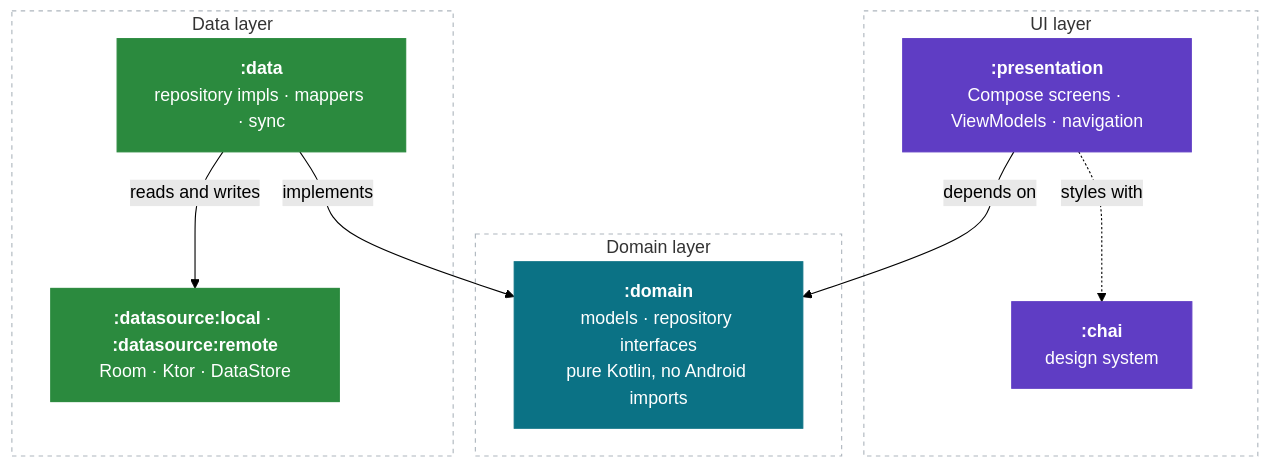
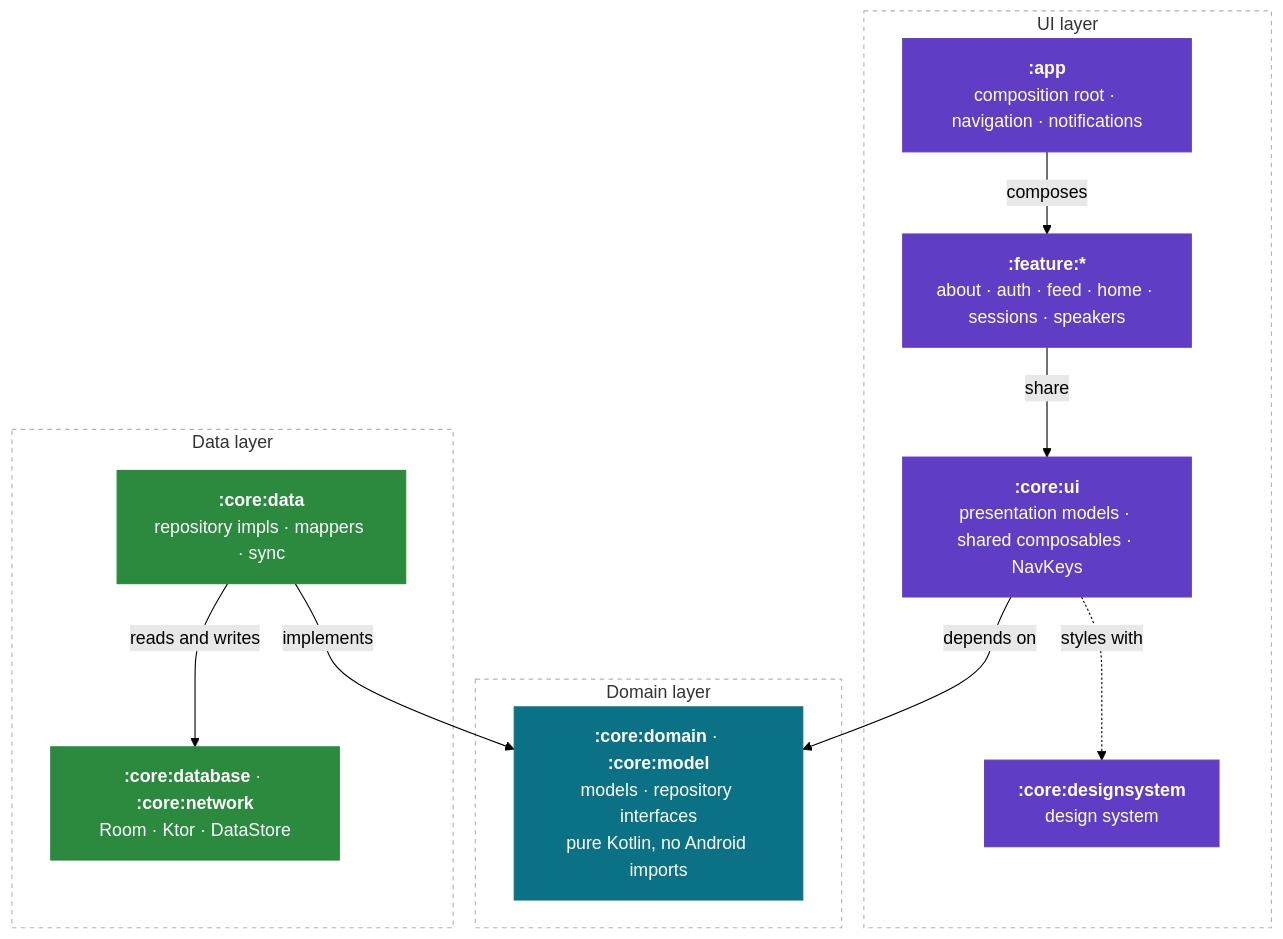
One commit to droidconKE/droidconKeKotlin changed the first of 3 diagrams in docs/architecture.md. Above: the diagram before and after it, drawn with Mermaid (forest theme). The commit also changed other lines of this file and 294 other files, not shown here.

````diff
--- a/docs/architecture.md
+++ b/docs/architecture.md
@@ -24,30 +24,36 @@
 ```mermaid
 graph TD
     subgraph L1["UI layer"]
-        UIL["<b>:presentation</b><br/>Compose screens · ViewModels · navigation"]
-        CHAI["<b>:chai</b><br/>design system"]
+        APP["<b>:app</b><br/>composition root · navigation · notifications"]
+        FEAT["<b>:feature:*</b><br/>about · auth · feed · home · sessions · speakers"]
+        UIL["<b>:core:ui</b><br/>presentation models · shared composables · NavKeys"]
+        CHAI["<b>:core:designsystem</b><br/>design system"]
     end
 
     subgraph L2["Domain layer"]
-        DOML["<b>:domain</b><br/>models · repository interfaces<br/>pure Kotlin, no Android imports"]
+        DOML["<b>:core:domain</b> · <b>:core:model</b><br/>models · repository interfaces<br/>pure Kotlin, no Android imports"]
     end
 
     subgraph L3["Data layer"]
-        DATAL["<b>:data</b><br/>repository impls · mappers · sync"]
-        SRC["<b>:datasource:local</b> · <b>:datasource:remote</b><br/>Room · Ktor · DataStore"]
+        DATAL["<b>:core:data</b><br/>repository impls · mappers · sync"]
+        SRC["<b>:core:database</b> · <b>:core:network</b><br/>Room · Ktor · DataStore"]
     end
 
+    APP -->|"composes"| FEAT
+    FEAT -->|"share"| UIL
     UIL -->|"depends on"| DOML
     UIL -.->|"styles with"| CHAI
     DATAL -->|"implements"| DOML
     DATAL -->|"reads and writes"| SRC
 
     style DOML fill:#0b7285,stroke:#0b7285,color:#ffffff
+    style APP fill:#5f3dc4,stroke:#5f3dc4,color:#ffffff
+    style FEAT fill:#5f3dc4,stroke:#5f3dc4,color:#ffffff
     style UIL fill:#5f3dc4,stroke:#5f3dc4,color:#ffffff
     style CHAI fill:#5f3dc4,stroke:#5f3dc4,color:#ffffff
     style DATAL fill:#2b8a3e,stroke:#2b8a3e,color:#ffffff
     style SRC fill:#2b8a3e,stroke:#2b8a3e,color:#ffffff
     style L1 fill:#ffffff,stroke:#adb5bd,stroke-dasharray:4 4
     style L2 fill:#ffffff,stroke:#adb5bd,stroke-dasharray:4 4
     style L3 fill:#ffffff,stroke:#adb5bd,stroke-dasharray:4 4
 ```
````
